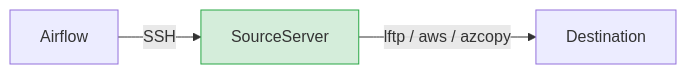
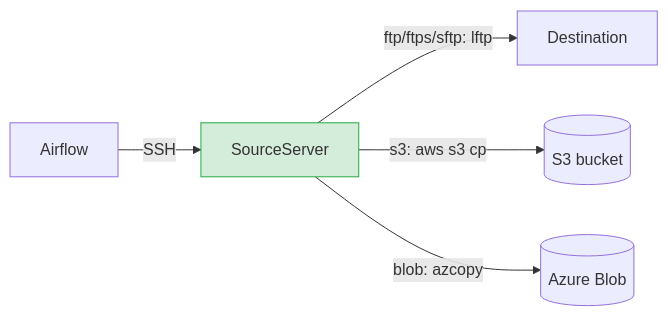
One commit to preedep/skill changed the second of 5 diagrams in skills/controlm2airflow/templates/file-transfer-reusable-unix-dynamic/README.md. Above: the diagram before and after it, drawn with Mermaid. The commit also changed other lines of this file, not shown here.

First line of the commit message:
Fix unix README: show aws s3 cp and azcopy in diagrams and task table

````diff
--- a/skills/controlm2airflow/templates/file-transfer-reusable-unix-dynamic/README.md
+++ b/skills/controlm2airflow/templates/file-transfer-reusable-unix-dynamic/README.md
@@ -36,7 +36,9 @@
 ```mermaid
 flowchart LR
     Airflow -->|SSH| SourceServer
-    SourceServer -->|lftp / aws / azcopy| Destination
+    SourceServer -->|ftp/ftps/sftp: lftp| Destination
+    SourceServer -->|s3: aws s3 cp| S3[(S3 bucket)]
+    SourceServer -->|blob: azcopy| Blob[(Azure Blob)]
 
     style SourceServer fill:#d4edda,stroke:#28a745
 ```
````
